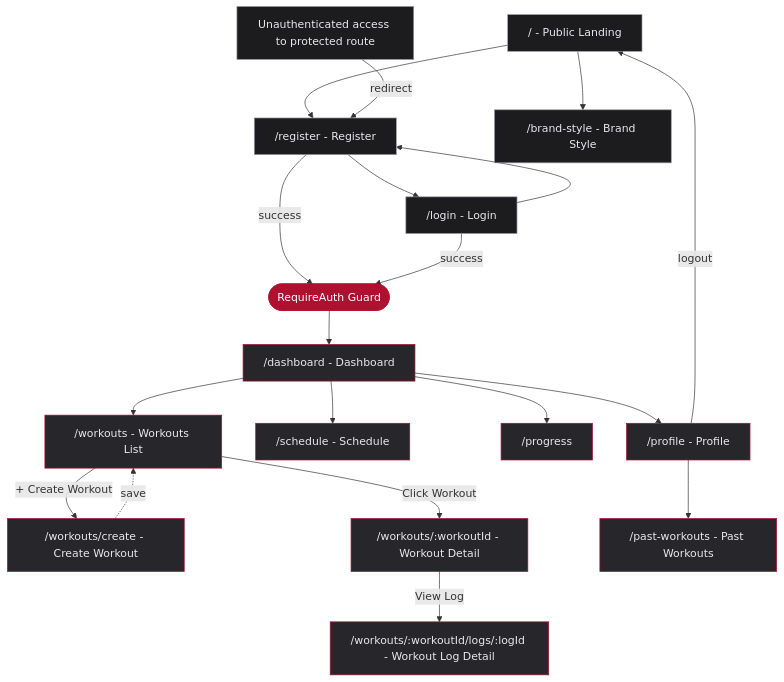
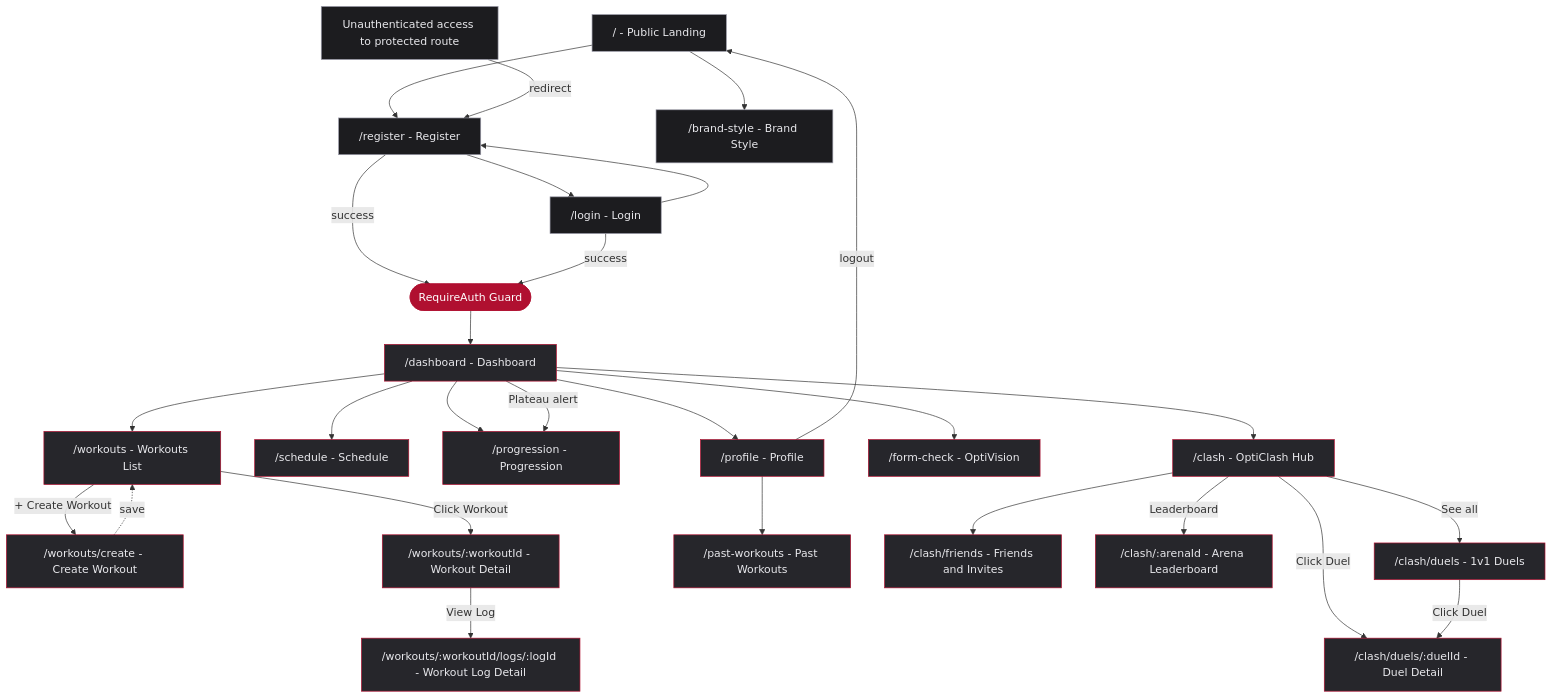
Before and after one commit to COS301-SE-2026/OptiLifts: the diagram in docs/demo-4/DESIGN.md, drawn with Mermaid. The commit also changed other lines of this file and 10 other files, not shown here.

````diff
--- a/docs/demo-4/DESIGN.md
+++ b/docs/demo-4/DESIGN.md
@@ -23,46 +23,60 @@
 ```mermaid
 flowchart TD
     A["/ - Public Landing"]
     B["/register - Register"]
     C["/login - Login"]
     N["/brand-style - Brand Style"]
     J["Unauthenticated access to protected route"]
     GUARD(["RequireAuth Guard"])
     D["/dashboard - Dashboard"]
     E["/workouts - Workouts List"]
     F["/workouts/create - Create Workout"]
     K["/workouts/:workoutId - Workout Detail"]
     L["/workouts/:workoutId/logs/:logId - Workout Log Detail"]
     G["/schedule - Schedule"]
-    H["/progress"]
+    H["/progression - Progression"]
     I["/profile - Profile"]
     M["/past-workouts - Past Workouts"]
+    O["/form-check - OptiVision"]
+    P["/clash - OptiClash Hub"]
+    Q["/clash/friends - Friends and Invites"]
+    R["/clash/:arenaId - Arena Leaderboard"]
+    S["/clash/duels - 1v1 Duels"]
+    T["/clash/duels/:duelId - Duel Detail"]
 
     A --> B
     A --> N
     B --> C
     C --> B
     B -->|"success"| GUARD
     C -->|"success"| GUARD
     J -->|"redirect"| B
 
     GUARD --> D
     D --> E
     D --> G
     D --> H
     D --> I
+    D --> O
+    D --> P
+    D -->|"Plateau alert"| H
+    P --> Q
+    P -->|"Leaderboard"| R
+    P -->|"See all"| S
+    P -->|"Click Duel"| T
+    S -->|"Click Duel"| T
     I --> M
     E -->|"Click Workout"| K
     E -->|"+ Create Workout"| F
     K -->|"View Log"| L
     F -.->|"save"| E
     I -->|"logout"| A
 
     classDef protected fill:#26262B,stroke:#B01030,color:#E8E8EC
     classDef public fill:#1C1C1F,stroke:#9A9AA8,color:#E8E8EC
     classDef guard fill:#B01030,stroke:#B01030,color:#FFFFFF
 
-    class D,E,F,K,L,G,H,I,M protected
+    class D,E,F,K,L,G,H,I,M,O,P,Q,R,S,T protected
     class A,B,C,J,N public
     class GUARD guard
 ```
````
